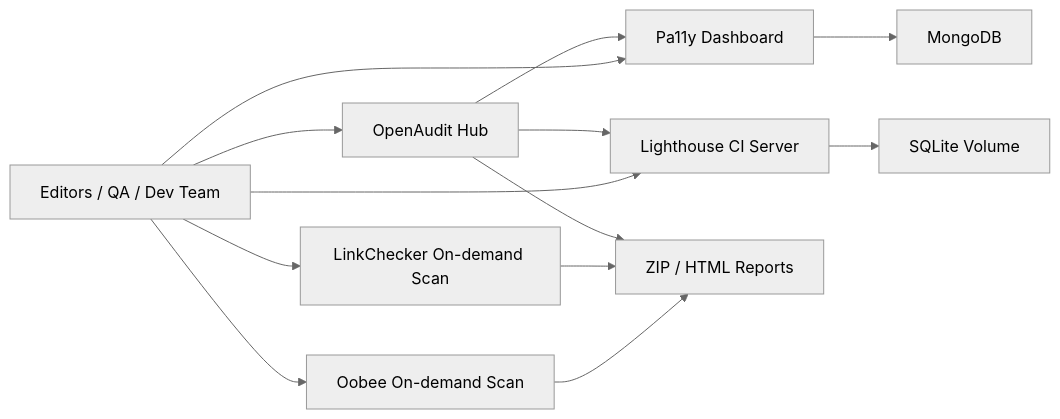
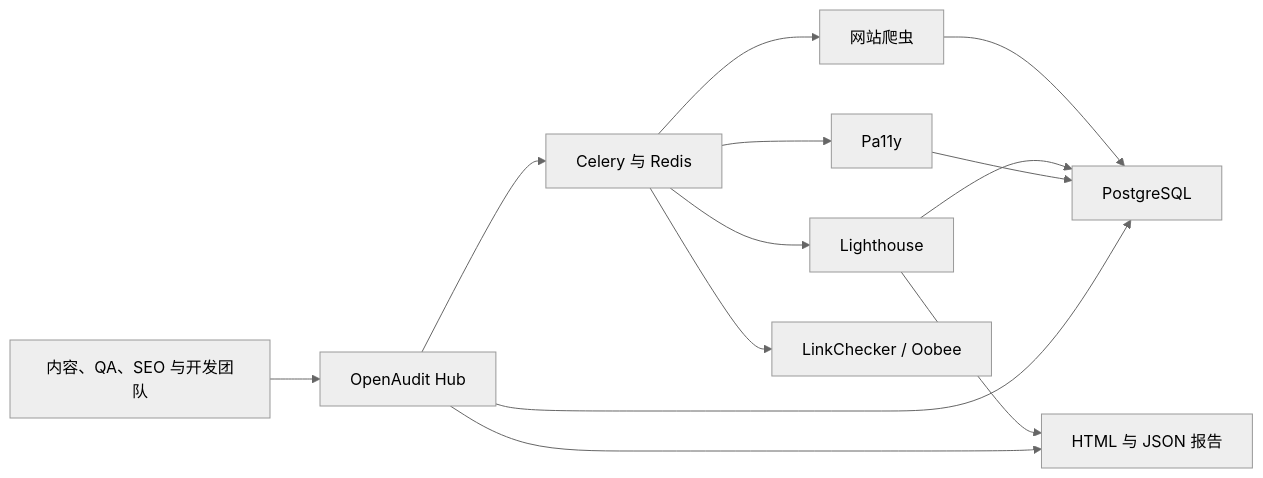
One commit to kate666kate/openaudit-hub changed the second of 2 diagrams in README.md. Above: the diagram before and after it, drawn with Mermaid (neutral theme). The commit also changed other lines of this file, not shown here.

Commit message:
Document OpenAudit Hub in English and Chinese

````diff
--- a/README.md
+++ b/README.md
@@ -31,15 +217,15 @@
 ```mermaid
 flowchart LR
-  A["Editors / QA / Dev Team"] --> B["Pa11y Dashboard"]
-  A --> C["Lighthouse CI Server"]
-  A --> D["Oobee On-demand Scan"]
-  A --> E["LinkChecker On-demand Scan"]
-  A --> I["OpenAudit Hub"]
-  B --> F["MongoDB"]
-  C --> G["SQLite Volume"]
-  D --> H["ZIP / HTML Reports"]
-  E --> H
-  I --> H
-  I --> B
-  I --> C
+  U["内容、QA、SEO 与开发团队"] --> H["OpenAudit Hub"]
+  H --> Q["Celery 与 Redis"]
+  Q --> C["网站爬虫"]
+  Q --> L["Lighthouse"]
+  Q --> P["Pa11y"]
+  Q --> K["LinkChecker / Oobee"]
+  C --> D["PostgreSQL"]
+  L --> D
+  P --> D
+  L --> R["HTML 与 JSON 报告"]
+  H --> D
+  H --> R
 ```
````
